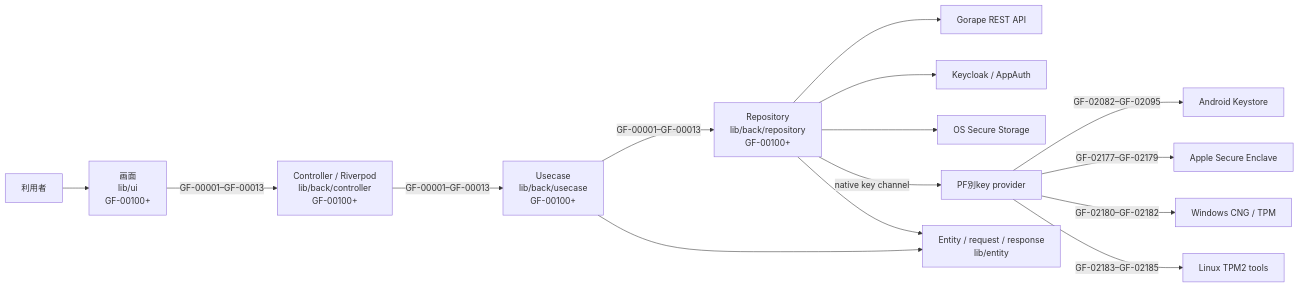
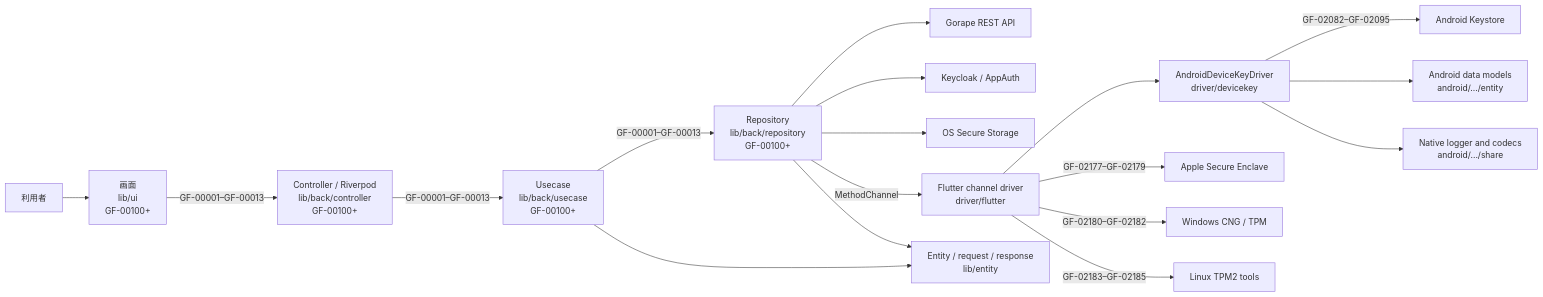
One commit to GorapeFlutter/gf-app changed the first of 9 diagrams in docs/jp/ARCHITECTURE.md. Above: the diagram before and after it, drawn with Mermaid. The commit also changed other lines of this file and 53 other files, not shown here.

````diff
--- a/docs/jp/ARCHITECTURE.md
+++ b/docs/jp/ARCHITECTURE.md
@@ -15,17 +15,20 @@
 ```mermaid
 flowchart LR
     User[利用者] --> UI[画面<br/>lib/ui<br/>GF-00100+]
     UI -->|GF-00001–GF-00013| Controller[Controller / Riverpod<br/>lib/back/controller<br/>GF-00100+]
     Controller -->|GF-00001–GF-00013| Usecase[Usecase<br/>lib/back/usecase<br/>GF-00100+]
     Usecase -->|GF-00001–GF-00013| Repository[Repository<br/>lib/back/repository<br/>GF-00100+]
     Repository --> API[Gorape REST API]
     Repository --> OIDC[Keycloak / AppAuth]
     Repository --> Secure[OS Secure Storage]
-    Repository -->|native key channel| Native[PF別key provider]
-    Native -->|GF-02082–GF-02095| Keystore[Android Keystore]
+     Repository -->|MethodChannel| Native[Flutter channel driver<br/>driver/flutter]
+     Native --> DeviceKeyDriver[AndroidDeviceKeyDriver<br/>driver/devicekey]
+     DeviceKeyDriver -->|GF-02082–GF-02095| Keystore[Android Keystore]
+     DeviceKeyDriver --> AndroidEntity[Android data models<br/>android/.../entity]
+     DeviceKeyDriver --> AndroidShare[Native logger and codecs<br/>android/.../share]
     Native -->|GF-02177–GF-02179| Enclave[Apple Secure Enclave]
     Native -->|GF-02180–GF-02182| CNG[Windows CNG / TPM]
     Native -->|GF-02183–GF-02185| TPM[Linux TPM2 tools]
     Usecase --> Entity[Entity / request / response<br/>lib/entity]
     Repository --> Entity
 ```
````
